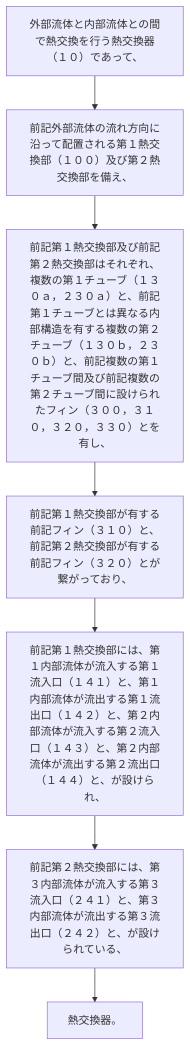
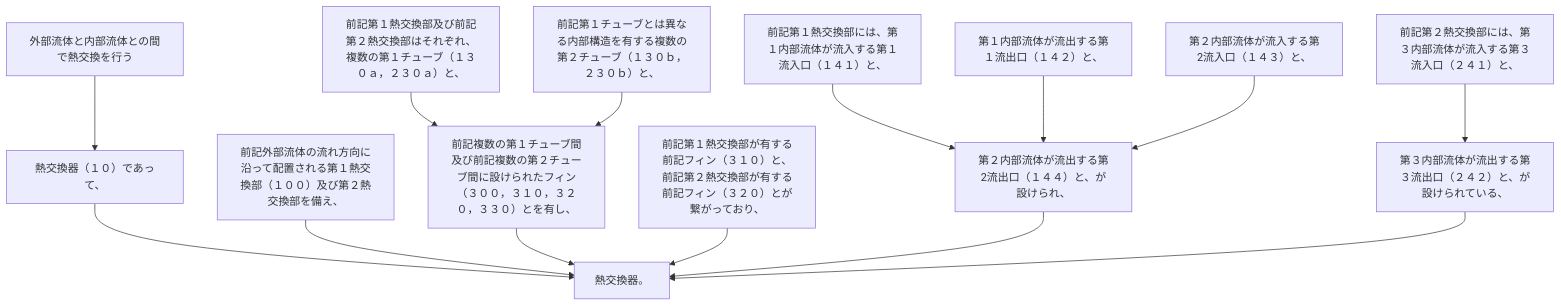
The diagram in 2024/JP2024007944A/claim_2/README.md (shinmori55/patent_analyzed), drawn with Mermaid before and after one commit. The commit also changed 336 other files, not shown here.

````diff
--- a/2024/JP2024007944A/claim_2/README.md
+++ b/2024/JP2024007944A/claim_2/README.md
@@ -7,16 +7,30 @@
 ```mermaid
 flowchart TD
-A[外部流体と内部流体との間で熱交換を行う熱交換器（１０）であって、]
-B[前記外部流体の流れ方向に沿って配置される第１熱交換部（１００）及び第２熱交換部を備え、]
-C[前記第１熱交換部及び前記第２熱交換部はそれぞれ、複数の第１チューブ（１３０ａ，２３０ａ）と、前記第１チューブとは異なる内部構造を有する複数の第２チューブ（１３０ｂ，２３０ｂ）と、前記複数の第１チューブ間及び前記複数の第２チューブ間に設けられたフィン（３００，３１０，３２０，３３０）とを有し、]
-D[前記第１熱交換部が有する前記フィン（３１０）と、前記第２熱交換部が有する前記フィン（３２０）とが繋がっており、]
-E[前記第１熱交換部には、第１内部流体が流入する第１流入口（１４１）と、第１内部流体が流出する第１流出口（１４２）と、第２内部流体が流入する第２流入口（１４３）と、第２内部流体が流出する第２流出口（１４４）と、が設けられ、]
-F[前記第２熱交換部には、第３内部流体が流入する第３流入口（２４１）と、第３内部流体が流出する第３流出口（２４２）と、が設けられている、]
-G[熱交換器。]
+A[外部流体と内部流体との間で熱交換を行う]
+B[熱交換器（１０）であって、]
+C[前記外部流体の流れ方向に沿って配置される第１熱交換部（１００）及び第２熱交換部を備え、]
+D[前記第１熱交換部及び前記第２熱交換部はそれぞれ、複数の第１チューブ（１３０ａ，２３０ａ）と、]
+E[前記第１チューブとは異なる内部構造を有する複数の第２チューブ（１３０ｂ，２３０ｂ）と、]
+F[前記複数の第１チューブ間及び前記複数の第２チューブ間に設けられたフィン（３００，３１０，３２０，３３０）とを有し、]
+G[前記第１熱交換部が有する前記フィン（３１０）と、前記第２熱交換部が有する前記フィン（３２０）とが繋がっており、]
+H[前記第１熱交換部には、第１内部流体が流入する第１流入口（１４１）と、]
+I[第１内部流体が流出する第１流出口（１４２）と、]
+J[第２内部流体が流入する第2流入口（１４３）と、]
+K[第２内部流体が流出する第2流出口（１４４）と、が設けられ、]
+L[前記第２熱交換部には、第３内部流体が流入する第３流入口（２４１）と、]
+M[第３内部流体が流出する第３流出口（２４２）と、が設けられている、]
+N[熱交換器。]
 A --> B
-B --> C
-C --> D
-D --> E
+B --> N
+C --> N
+D --> F
 E --> F
-F --> G
+F --> N
+G --> N
+H --> K
+I --> K
+J --> K
+K --> N
+L --> M
+M --> N
 ```
````
